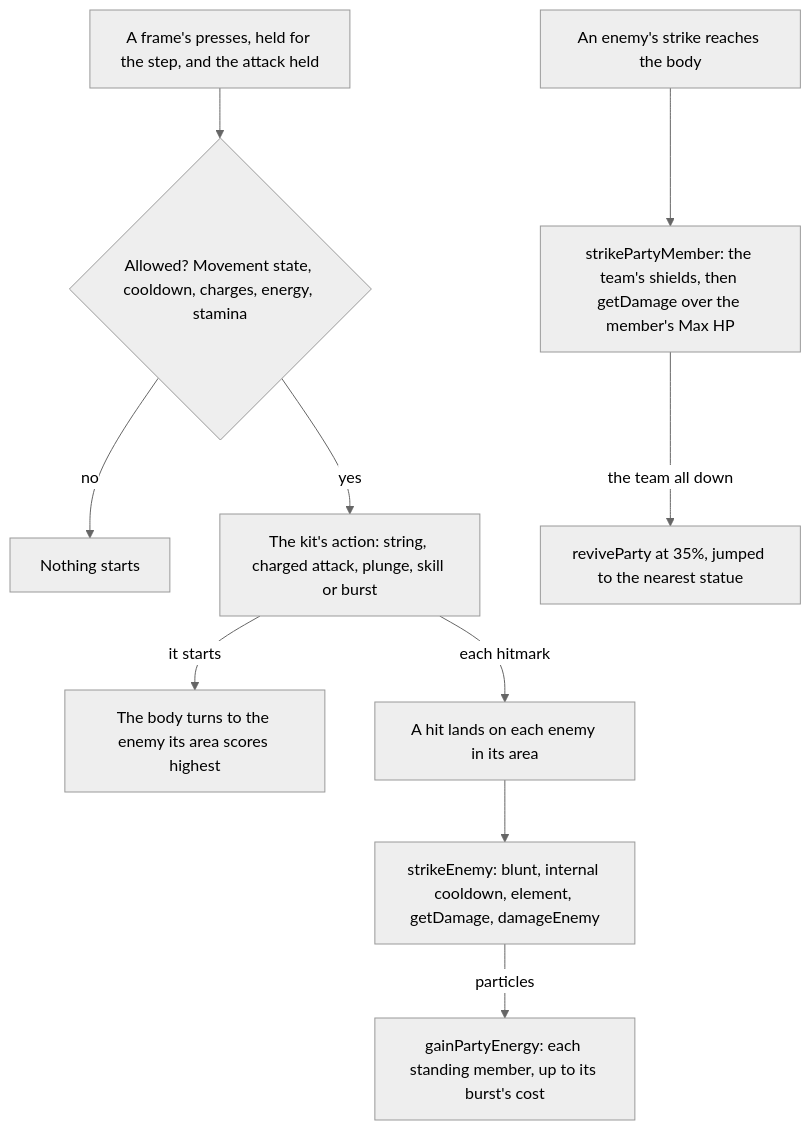
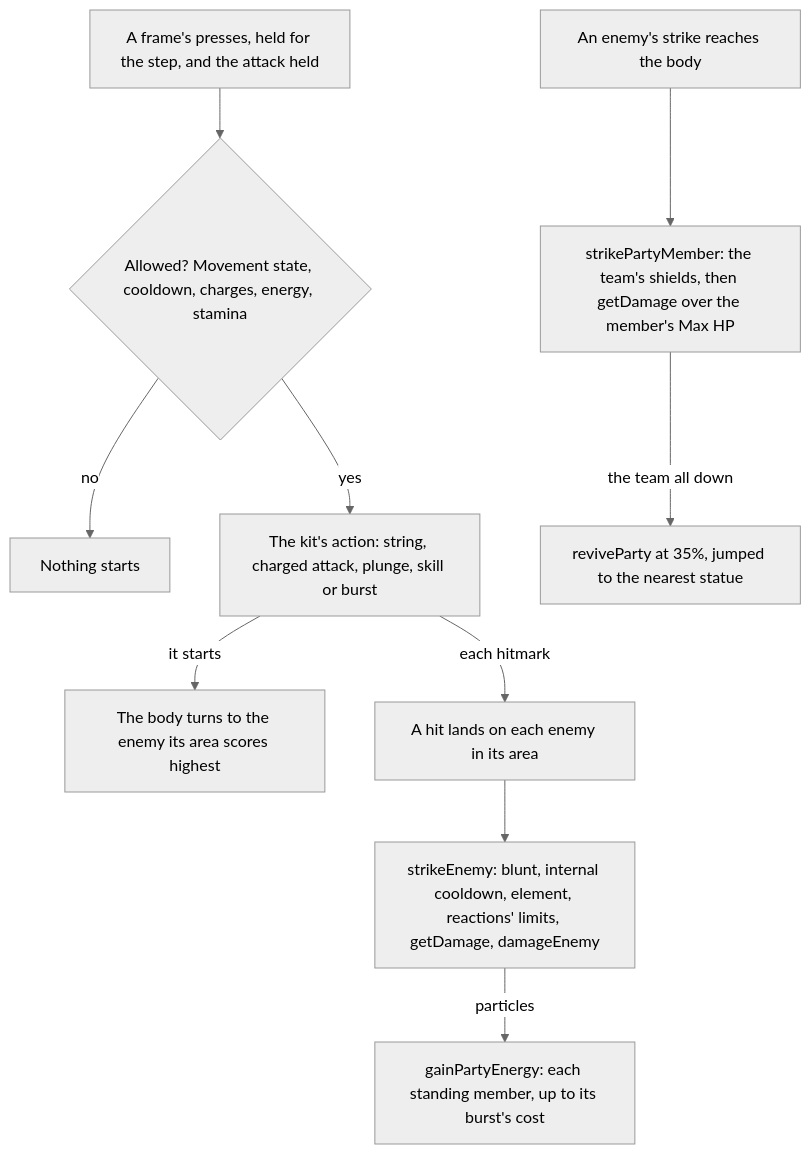
One commit to Esposter/Esposter changed the second of 2 diagrams in apps/web/content/docs/genshin/combat.md. Above: the diagram before and after it, drawn with Mermaid (neutral theme). The commit also changed other lines of this file and 14 other files, not shown here.

First line of the commit message:
feat(genshin-world): a transformative reaction's damage on an enemy is limited by its damage sequence per source and element, Swirl, Superconduct and Overloaded land once a tenth of a second whatever their source, and Superconduct takes 40% off Physical RES for 12 seconds

````diff
--- a/apps/web/content/docs/genshin/combat.md
+++ b/apps/web/content/docs/genshin/combat.md
@@ -111,12 +114,12 @@
 ```mermaid
 flowchart TD
   PRESS["A frame's presses, held for the step, and the attack held"] --> GATE{"Allowed? Movement state, cooldown, charges, energy, stamina"}
   GATE -->|"no"| IDLE["Nothing starts"]
   GATE -->|"yes"| ACTION["The kit's action: string, charged attack, plunge, skill or burst"]
   ACTION -->|"it starts"| AIM["The body turns to the enemy its area scores highest"]
   ACTION -->|"each hitmark"| HIT["A hit lands on each enemy in its area"]
-  HIT --> STRIKE["strikeEnemy: blunt, internal cooldown, element, getDamage, damageEnemy"]
+  HIT --> STRIKE["strikeEnemy: blunt, internal cooldown, element, reactions' limits, getDamage, damageEnemy"]
   STRIKE -->|"particles"| ENERGY["gainPartyEnergy: each standing member, up to its burst's cost"]
   ENEMY["An enemy's strike reaches the body"] --> HURT["strikePartyMember: the team's shields, then getDamage over the member's Max HP"]
   HURT -->|"the team all down"| RESPAWN["reviveParty at 35%, jumped to the nearest statue"]
 ```
````
